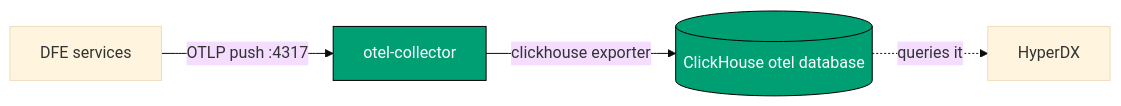
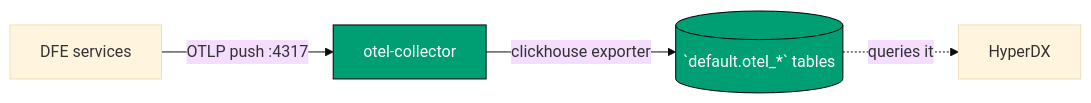
One commit to hyperi-io/dfe-docker changed the diagram in docs/observability.md. Above: the diagram before and after it, drawn with Mermaid (base theme). The commit also changed other lines of this file and 11 other files, not shown here.

First line of the commit message:
fix: match the k8s otel database and trim single to its default deploy

````diff
--- a/docs/observability.md
+++ b/docs/observability.md
@@ -68,9 +68,9 @@
 ```mermaid
 flowchart LR
     apps["DFE services"] -->|OTLP push :4317| col["otel-collector"]
-    col -->|clickhouse exporter| ch[(ClickHouse otel database)]
+    col -->|clickhouse exporter| ch[(`default.otel_*` tables)]
     ch -.->|queries it| hdx["HyperDX"]
 
     classDef on fill:#009E73,color:#ffffff,stroke:#000000
     class col,ch on
 ```
````
